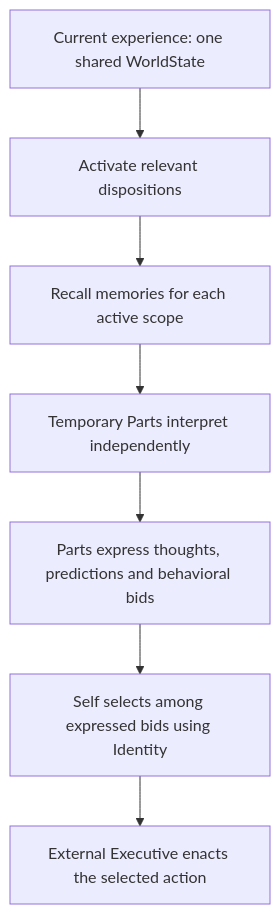
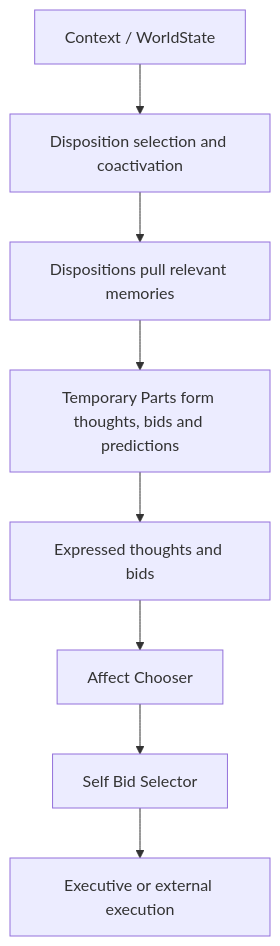
The first of 2 diagrams in README.md (rolyataylor2/PrismaticArchitecture), drawn with Mermaid before and after one commit. The commit also changed other lines of this file, not shown here.

Commit message:
docs: show affect selection and prediction memory feedback

````diff
--- a/README.md
+++ b/README.md
@@ -74,9 +74,10 @@
 ```mermaid
 flowchart TD
-    W[Current experience: one shared WorldState] --> D[Activate relevant dispositions]
-    D --> M[Recall memories for each active scope]
-    M --> P[Temporary Parts interpret independently]
-    P --> B[Parts express thoughts, predictions and behavioral bids]
-    B --> S[Self selects among expressed bids using Identity]
-    S --> E[External Executive enacts the selected action]
+    C[Context / WorldState] --> D[Disposition selection and coactivation]
+    D --> M[Dispositions pull relevant memories]
+    M --> P[Temporary Parts form thoughts, bids and predictions]
+    P --> T[Expressed thoughts and bids]
+    T --> A[Affect Chooser]
+    A --> S[Self Bid Selector]
+    S --> E[Executive or external execution]
 ```
````
